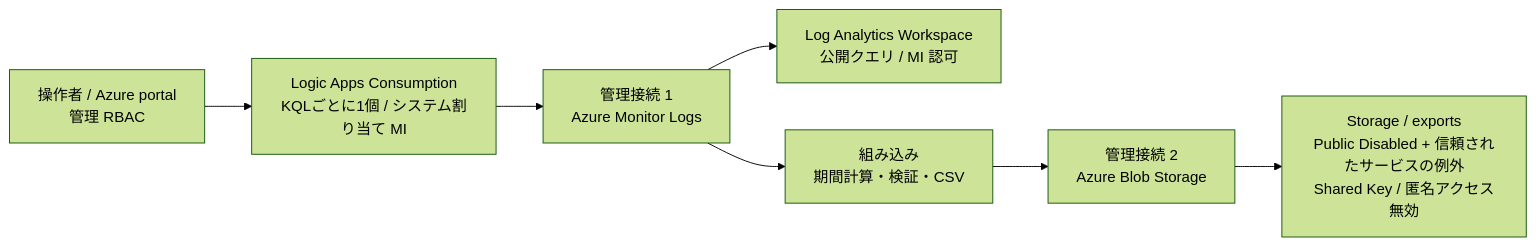
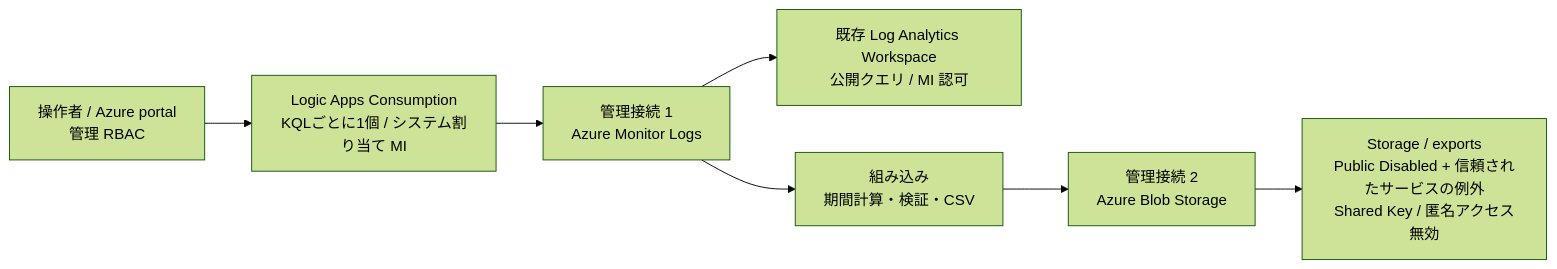
The diagram in customer/README.md (NakayamaKento/law-monthly-export-poc), drawn with Mermaid (forest theme) before and after one commit. The commit also changed other lines of this file and 26 other files, not shown here.

First line of the commit message:
Use existing Log Analytics workspaces in customer samples

````diff
--- a/customer/README.md
+++ b/customer/README.md
@@ -36,13 +36,13 @@
 ```mermaid
 flowchart LR
   Operator["操作者 / Azure portal<br/>管理 RBAC"]
   App["Logic Apps Consumption<br/>KQLごとに1個 / システム割り当て MI"]
   Monitor["管理接続 1<br/>Azure Monitor Logs"]
-  LAW["Log Analytics Workspace<br/>公開クエリ / MI 認可"]
+  LAW["既存 Log Analytics Workspace<br/>公開クエリ / MI 認可"]
   Transform["組み込み<br/>期間計算・検証・CSV"]
   Blob["管理接続 2<br/>Azure Blob Storage"]
   Storage["Storage / exports<br/>Public Disabled + 信頼されたサービスの例外<br/>Shared Key / 匿名アクセス無効"]
   Operator --> App
   App --> Monitor --> LAW
   Monitor --> Transform --> Blob --> Storage
 ```
````
